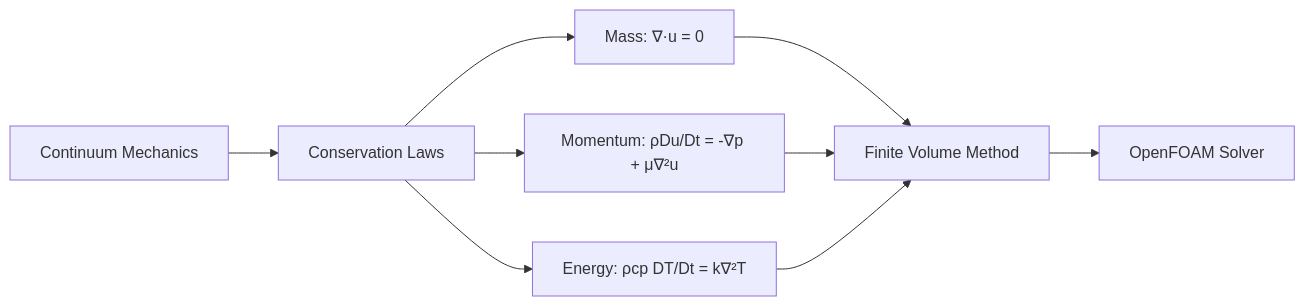
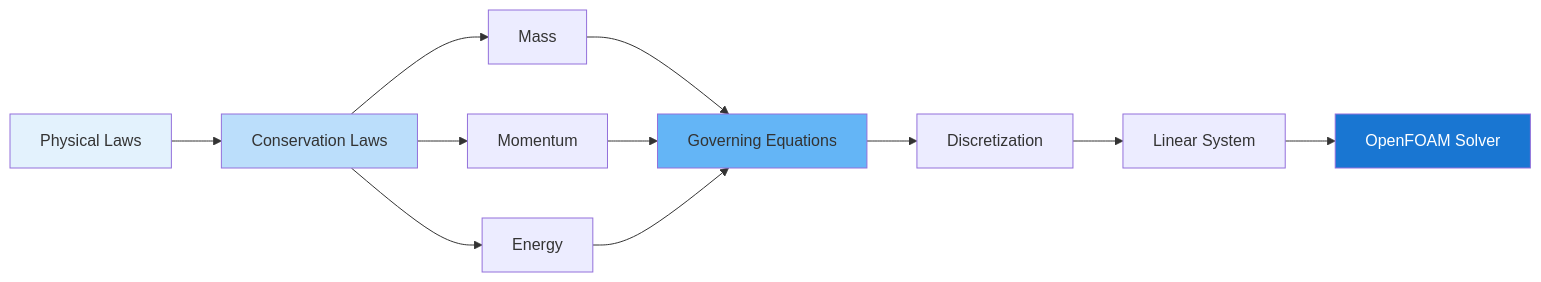
Before and after one commit to wramet/build-my-cfd: the third of 3 diagrams in MODULE_01_CFD_FUNDAMENTALS/CONTENT/01_GOVERNING_EQUATIONS/00_Overview.md, drawn with Mermaid. The commit also changed other lines of this file and 21 other files, not shown here.

Commit message:
Refactor 01_GOVERNING_EQUATIONS with skill-aware batch script

````diff
--- a/MODULE_01_CFD_FUNDAMENTALS/CONTENT/01_GOVERNING_EQUATIONS/00_Overview.md
+++ b/MODULE_01_CFD_FUNDAMENTALS/CONTENT/01_GOVERNING_EQUATIONS/00_Overview.md
@@ -30,11 +121,18 @@
 ```mermaid
 graph LR
-    A[Continuum Mechanics] --> B[Conservation Laws]
-    B --> C1[Mass: ∇·u = 0]
-    B --> C2[Momentum: ρDu/Dt = -∇p + μ∇²u]
-    B --> C3[Energy: ρcp DT/Dt = k∇²T]
-    C1 --> D[Finite Volume Method]
+    A[Physical Laws] --> B[Conservation Laws]
+    B --> C1[Mass]
+    B --> C2[Momentum]
+    B --> C3[Energy]
+    C1 --> D[Governing Equations]
     C2 --> D
     C3 --> D
-    D --> E[OpenFOAM Solver]
+    D --> E[Discretization]
+    E --> F[Linear System]
+    F --> G[OpenFOAM Solver]
+    
+    style A fill:#e3f2fd
+    style B fill:#bbdefb
+    style D fill:#64b5f6
+    style G fill:#1976d2,color:#fff
 ```
````
